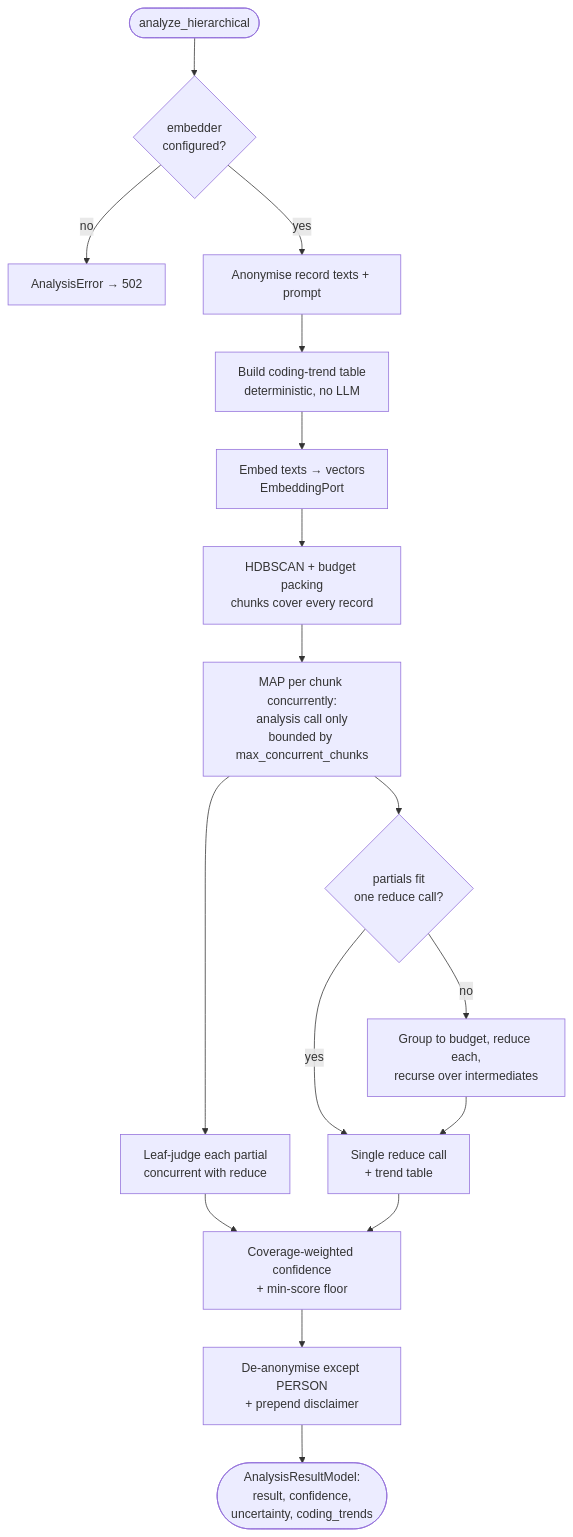
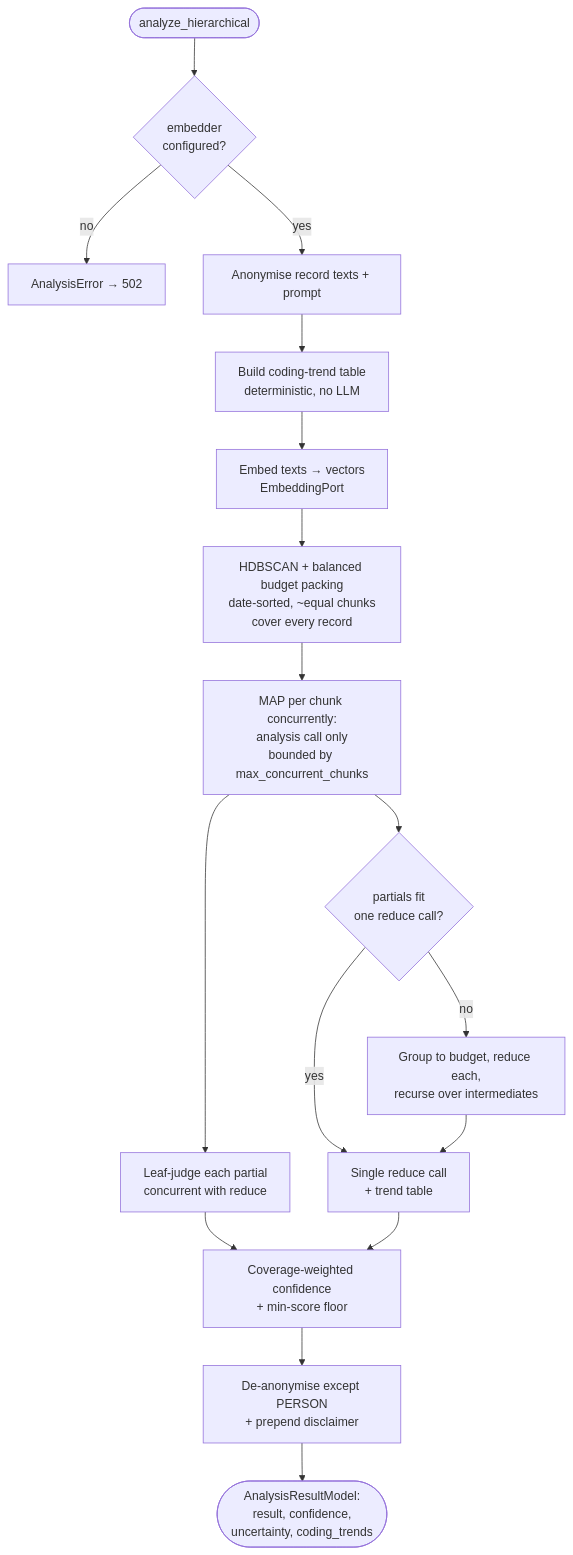
The first of 2 diagrams in docs/architecture/07-hierarchical-analysis.md (rodekruis/qualitative-feedback-analysis), drawn with Mermaid before and after one commit. The commit also changed other lines of this file and 5 other files, not shown here.

First line of the commit message:
feat(analyze): balance and date-order map chunks

````diff
--- a/docs/architecture/07-hierarchical-analysis.md
+++ b/docs/architecture/07-hierarchical-analysis.md
@@ -123,19 +142,19 @@
 ```mermaid
 flowchart TD
     start([analyze_hierarchical]) --> guard{embedder<br/>configured?}
     guard -- no --> err[AnalysisError → 502]
     guard -- yes --> anon[Anonymise record texts + prompt]
     anon --> trend[Build coding-trend table<br/>deterministic, no LLM]
     trend --> embed[Embed texts → vectors<br/>EmbeddingPort]
-    embed --> cluster[HDBSCAN + budget packing<br/>chunks cover every record]
+    embed --> cluster[HDBSCAN + balanced budget packing<br/>date-sorted, ~equal chunks<br/>cover every record]
     cluster --> map[MAP per chunk concurrently:<br/>analysis call only<br/>bounded by max_concurrent_chunks]
     map --> judge[Leaf-judge each partial<br/>concurrent with reduce]
     map --> fits{partials fit<br/>one reduce call?}
     fits -- yes --> synth[Single reduce call<br/>+ trend table]
     fits -- no --> tree[Group to budget, reduce each,<br/>recurse over intermediates]
     tree --> synth
     judge --> conf[Coverage-weighted confidence<br/>+ min-score floor]
     synth --> conf
     conf --> deanon[De-anonymise except PERSON<br/>+ prepend disclaimer]
     deanon --> out([AnalysisResultModel:<br/>result, confidence,<br/>uncertainty, coding_trends])
 ```
````
